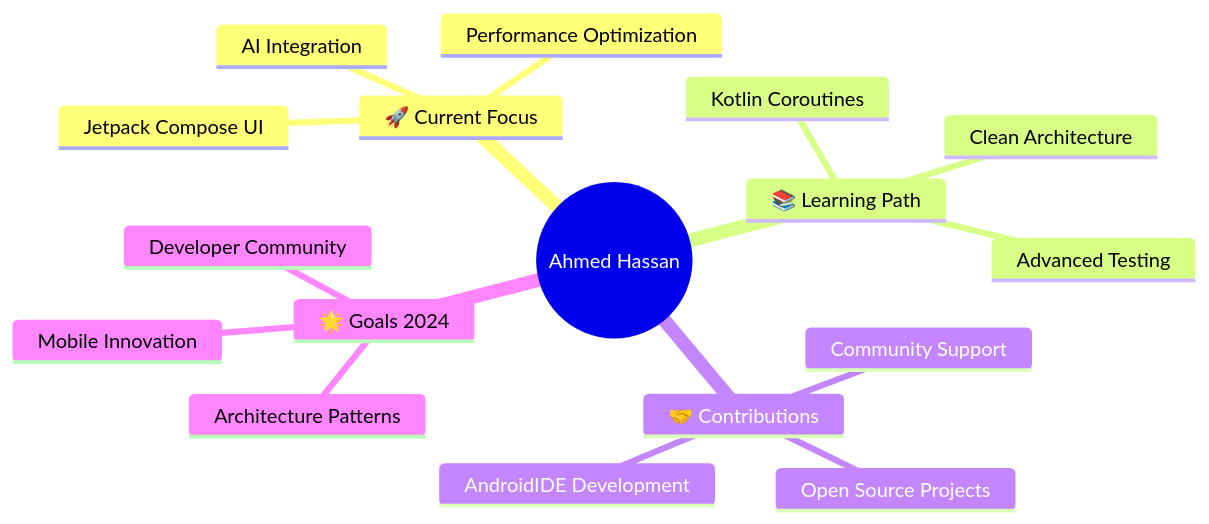
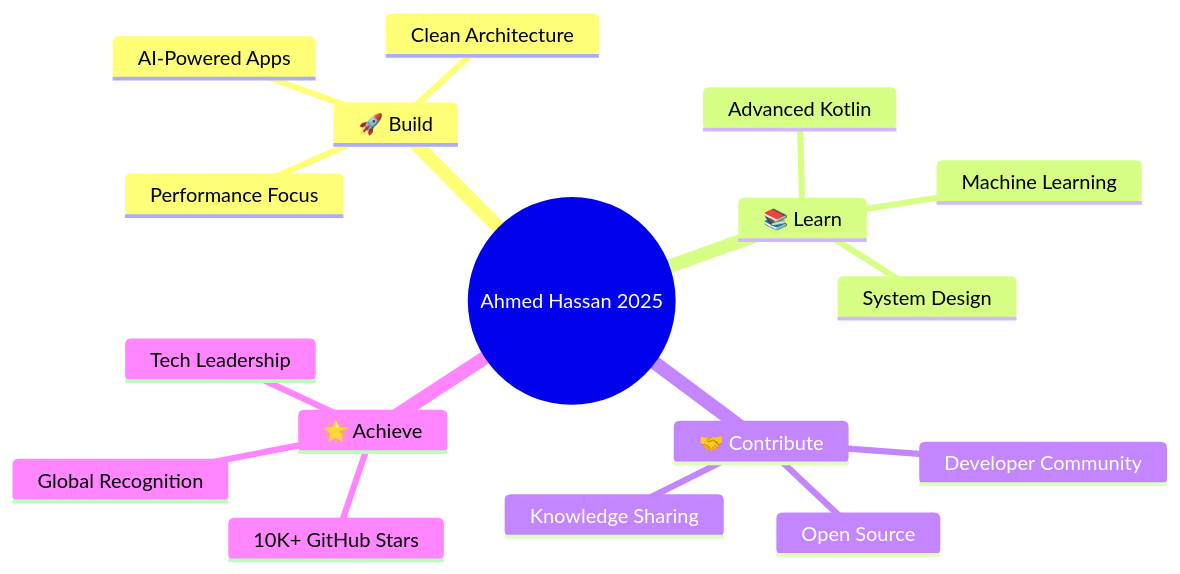
The diagram in README.md (ahmed-hassan-coder-x/ahmed-hassan-coder-x), drawn with Mermaid before and after one commit. The commit also changed other lines of this file, not shown here.

````diff
--- a/README.md
+++ b/README.md
@@ -182,20 +204,20 @@
 ```mermaid
 mindmap
-  root((Ahmed Hassan))
-    🚀 Current Focus
-      AI Integration
-      Jetpack Compose UI
-      Performance Optimization
-    📚 Learning Path
-      Kotlin Coroutines
+  root((Ahmed Hassan 2025))
+    🚀 Build
+      AI-Powered Apps
       Clean Architecture
-      Advanced Testing
-    🤝 Contributions
-      Open Source Projects
-      AndroidIDE Development
-      Community Support
-    🌟 Goals 2024
-      Mobile Innovation
-      Architecture Patterns
+      Performance Focus
+    📚 Learn
+      Advanced Kotlin
+      Machine Learning
+      System Design
+    🤝 Contribute
+      Open Source
       Developer Community
+      Knowledge Sharing
+    🌟 Achieve
+      10K+ GitHub Stars
+      Global Recognition
+      Tech Leadership
 ```
````
